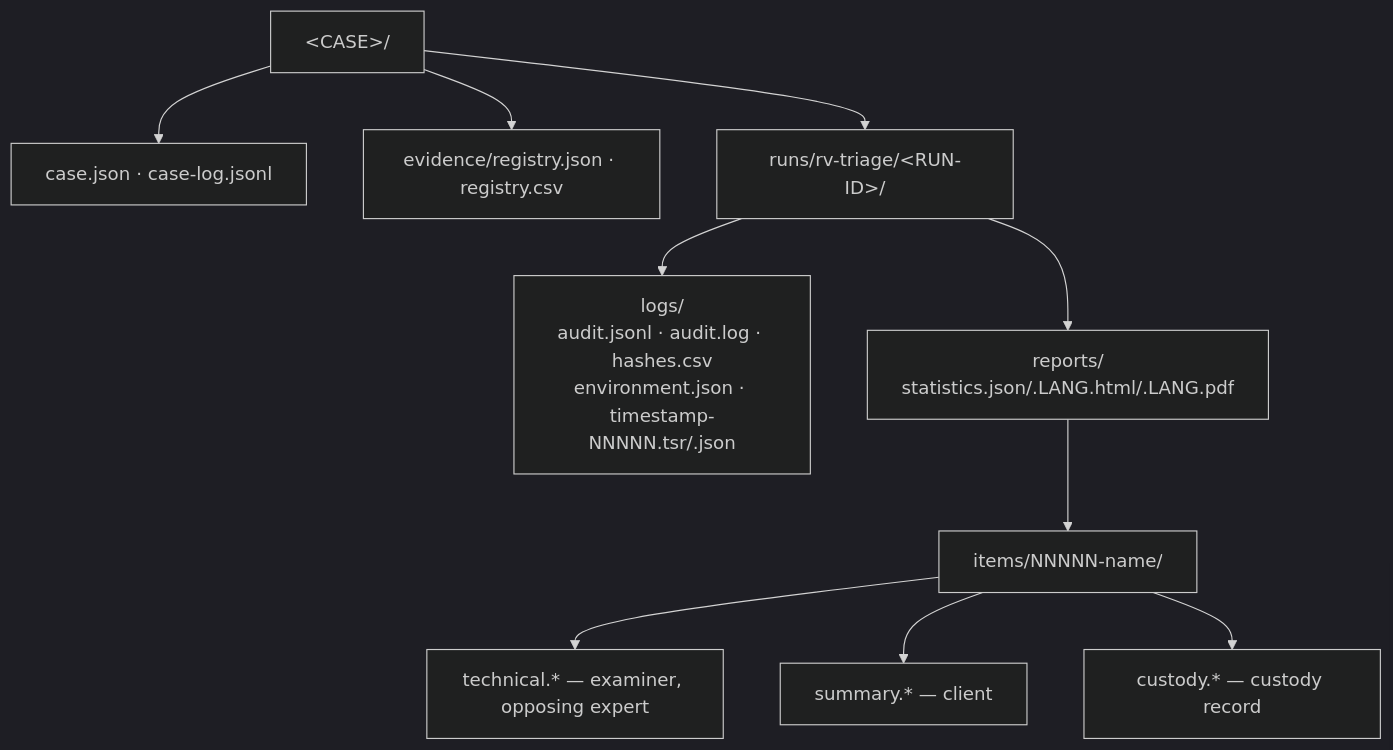
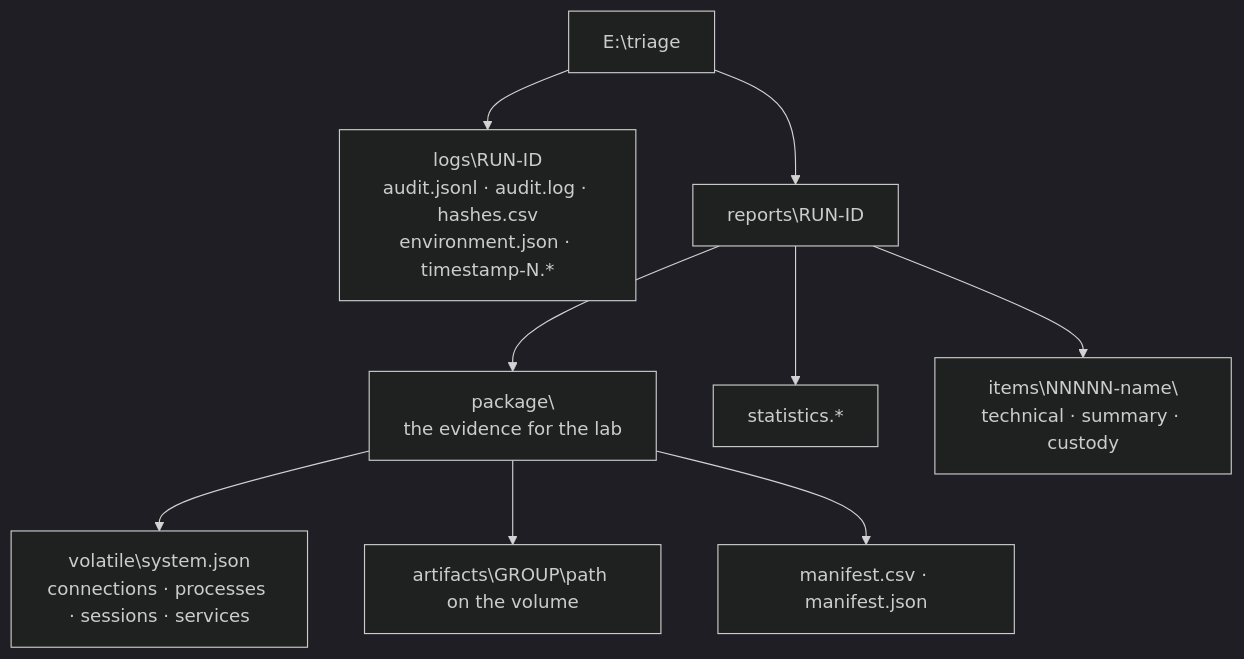
Before and after one commit to Panacota96/rv-triage: the second of 2 diagrams in docs/usage.md, drawn with Mermaid (dark theme). The commit also changed other lines of this file and 85 other files, not shown here.

````diff
--- a/docs/usage.md
+++ b/docs/usage.md
@@ -180,12 +109,11 @@
 ```mermaid
 flowchart TB
-    CASE["&lt;CASE&gt;/"] --> CJ["case.json · case-log.jsonl"]
-    CASE --> EV["evidence/registry.json · registry.csv"]
-    CASE --> RUN["runs/rv-triage/&lt;RUN-ID&gt;/"]
-    RUN --> L["logs/<br/>audit.jsonl · audit.log · hashes.csv<br/>environment.json · timestamp-NNNNN.tsr/.json"]
-    RUN --> R["reports/<br/>statistics.json/.LANG.html/.LANG.pdf"]
-    R --> I["items/NNNNN-name/"]
-    I --> T["technical.* — examiner, opposing expert"]
-    I --> S["summary.* — client"]
-    I --> K["custody.* — custody record"]
+    OUT["E:\triage"] --> LOGS["logs\RUN-ID<br/>audit.jsonl · audit.log · hashes.csv<br/>environment.json · timestamp-N.*"]
+    OUT --> REP["reports\RUN-ID"]
+    REP --> PK["package\<br/>the evidence for the lab"]
+    REP --> ST["statistics.*"]
+    REP --> IT["items\NNNNN-name\<br/>technical · summary · custody"]
+    PK --> V["volatile\system.json<br/>connections · processes · sessions · services"]
+    PK --> A["artifacts\GROUP\path on the volume"]
+    PK --> MF["manifest.csv · manifest.json"]
 ```
````
